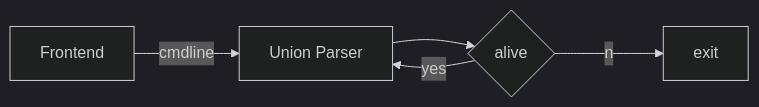
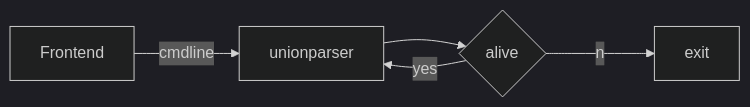
One commit to FunningC0217/UnionParser changed the fourth of 5 diagrams in README.md. Above: the diagram before and after it, drawn with Mermaid (dark theme). The commit also changed other lines of this file, not shown here.

````diff
--- a/README.md
+++ b/README.md
@@ -42,6 +42,6 @@
 ```mermaid
 graph LR;
-A[Frontend]--cmdline-->UP[Union Parser]
+A[Frontend]--cmdline-->UP[unionparser]
 UP-->Q{alive}--yes-->UP
 Q--no-->exit
 ```
````
